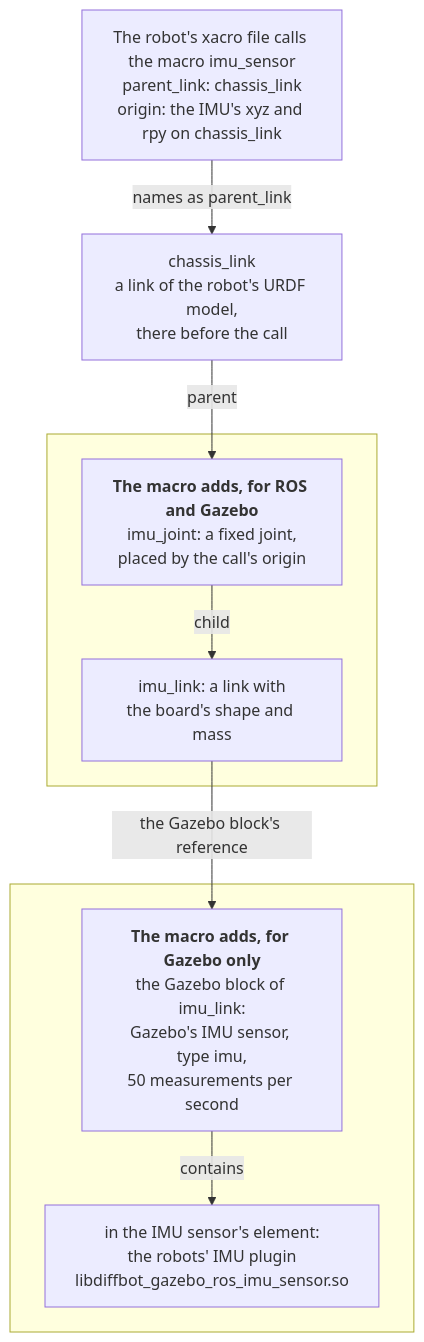
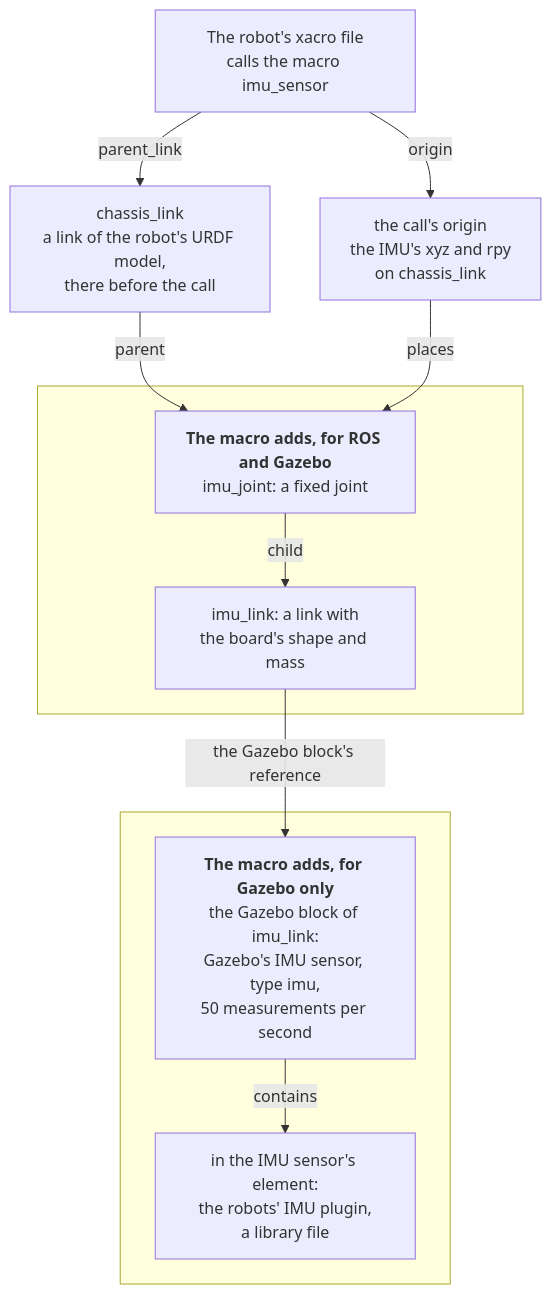
Before and after one commit to ros-mobile-robots/ros-mobile-robots.github.io: the second of 3 diagrams in docs/packages/imu/simulation/measurement-to-message.md, drawn with Mermaid. The commit also changed other lines of this file, not shown here.

First line of the commit message:
IMU Simulation: one recorded sample through the three parts

````diff
--- a/docs/packages/imu/simulation/measurement-to-message.md
+++ b/docs/packages/imu/simulation/measurement-to-message.md
@@ -44,18 +50,21 @@
 ```mermaid
 graph TB
-  CALL["The robot's xacro file calls the macro imu_sensor<br/>parent_link: chassis_link<br/>origin: the IMU's xyz and rpy on chassis_link"]
+  CALL["The robot's xacro file<br/>calls the macro imu_sensor"]
   PARENT["chassis_link<br/>a link of the robot's URDF model,<br/>there before the call"]
+  ORIGIN["the call's origin<br/>the IMU's xyz and rpy<br/>on chassis_link"]
   subgraph BOTH [ ]
-    JOINT["<b>The macro adds, for ROS and Gazebo</b><br/>imu_joint: a fixed joint,<br/>placed by the call's origin"]
+    JOINT["<b>The macro adds, for ROS and Gazebo</b><br/>imu_joint: a fixed joint"]
     LINK["imu_link: a link with<br/>the board's shape and mass"]
     JOINT -->|child| LINK
   end
   subgraph BLOCK [ ]
     SENSOR["<b>The macro adds, for Gazebo only</b><br/>the Gazebo block of imu_link:<br/>Gazebo's IMU sensor, type imu,<br/>50 measurements per second"]
-    PLUGIN["in the IMU sensor's element:<br/>the robots' IMU plugin<br/>libdiffbot_gazebo_ros_imu_sensor.so"]
+    PLUGIN["in the IMU sensor's element:<br/>the robots' IMU plugin,<br/>a library file"]
     SENSOR -->|contains| PLUGIN
   end
-  CALL -->|names as parent_link| PARENT
+  CALL -->|parent_link| PARENT
+  CALL -->|origin| ORIGIN
   PARENT -->|parent| JOINT
+  ORIGIN -->|places| JOINT
   LINK -->|the Gazebo block's reference| SENSOR
 ```
````
